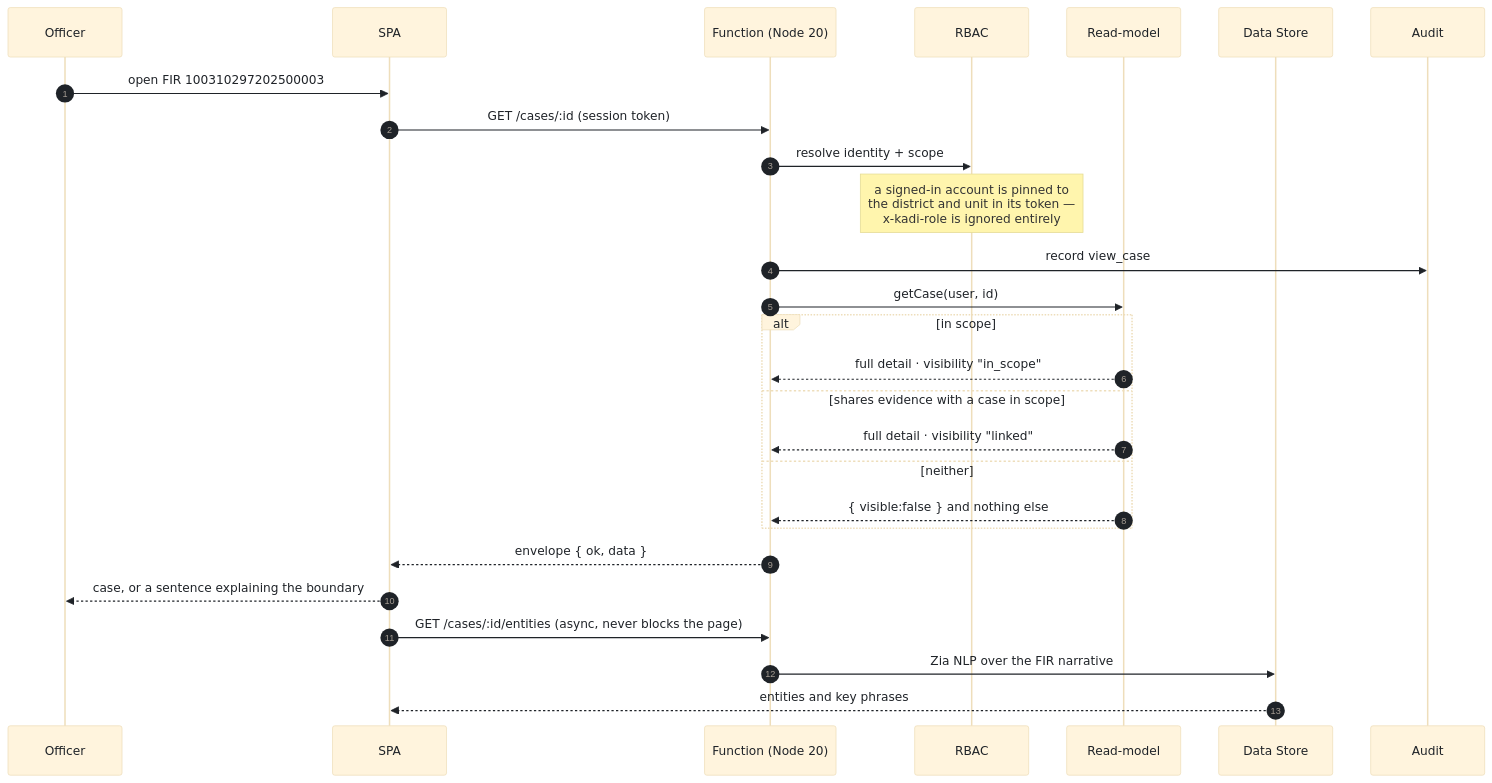
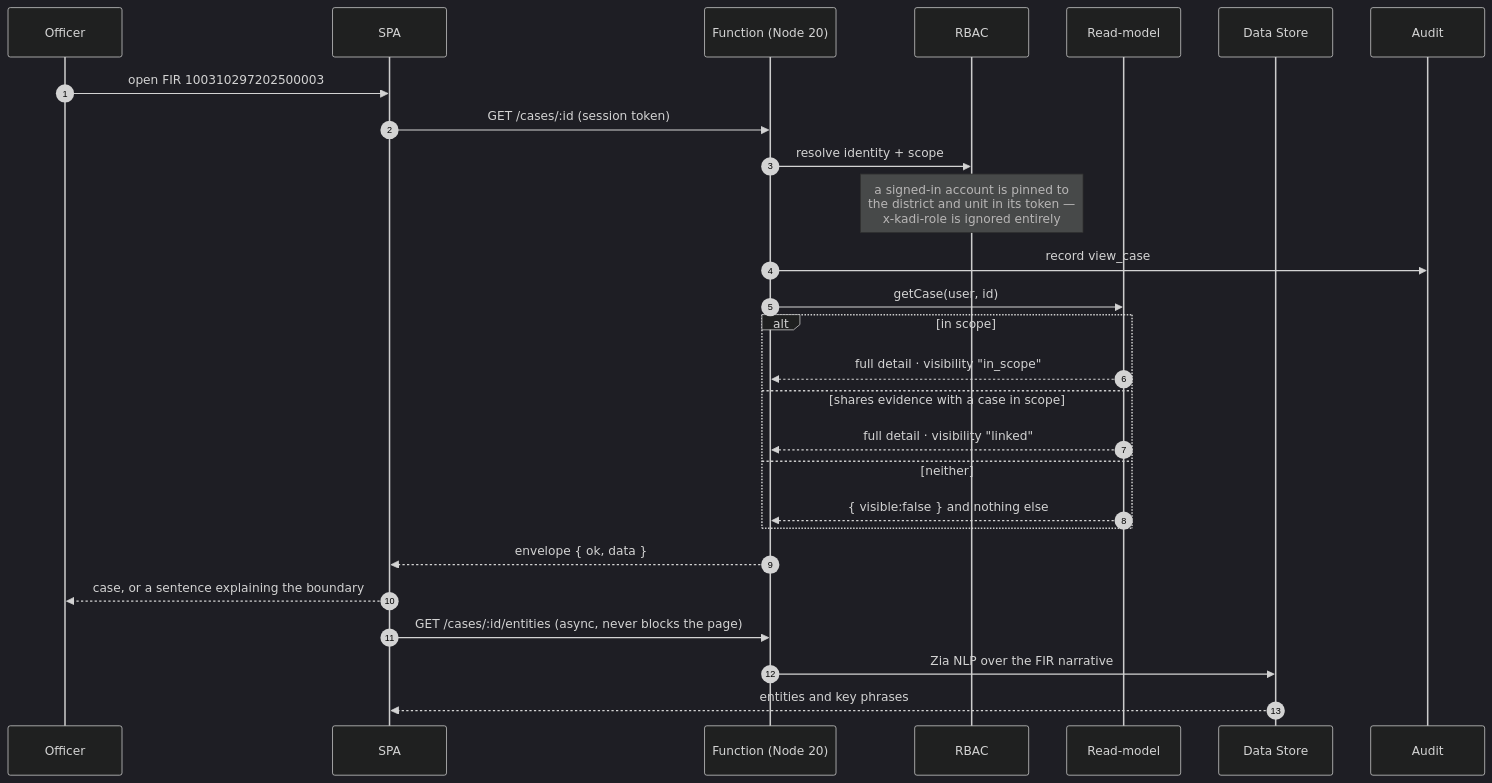
One commit to adarshcod30/Kadi changed the third of 6 diagrams in README.md. Above: the diagram before and after it, drawn with Mermaid. The commit also changed other lines of this file, not shown here.

First line of the commit message:
Go back to the dark diagrams

````diff
--- a/README.md
+++ b/README.md
@@ -369,31 +369,31 @@
 ```mermaid
-%%{init: {'theme':'base','themeVariables':{'fontSize':'15px','lineColor':'#57606a','primaryTextColor':'#1f2328','edgeLabelBackground':'#ffffff'}}}%%
+%%{init: {'theme':'dark','themeVariables':{'fontSize':'15px','lineColor':'#6e7681','primaryTextColor':'#e6edf3'}}}%%
 sequenceDiagram
     autonumber
     participant O as Officer
     participant S as SPA
     participant F as Function (Node 20)
     participant R as RBAC
     participant Q as Read-model
     participant D as Data Store
     participant A as Audit
 
     O->>S: open FIR 100310297202500003
     S->>F: GET /cases/:id  (session token)
     F->>R: resolve identity + scope
     Note over R: a signed-in account is pinned to<br/>the district and unit in its token —<br/>x-kadi-role is ignored entirely
     F->>A: record view_case
     F->>Q: getCase(user, id)
     alt in scope
         Q-->>F: full detail · visibility "in_scope"
     else shares evidence with a case in scope
         Q-->>F: full detail · visibility "linked"
     else neither
         Q-->>F: { visible:false } and nothing else
     end
     F-->>S: envelope { ok, data }
     S-->>O: case, or a sentence explaining the boundary
     S->>F: GET /cases/:id/entities  (async, never blocks the page)
     F->>D: Zia NLP over the FIR narrative
     D-->>S: entities and key phrases
 ```
````
